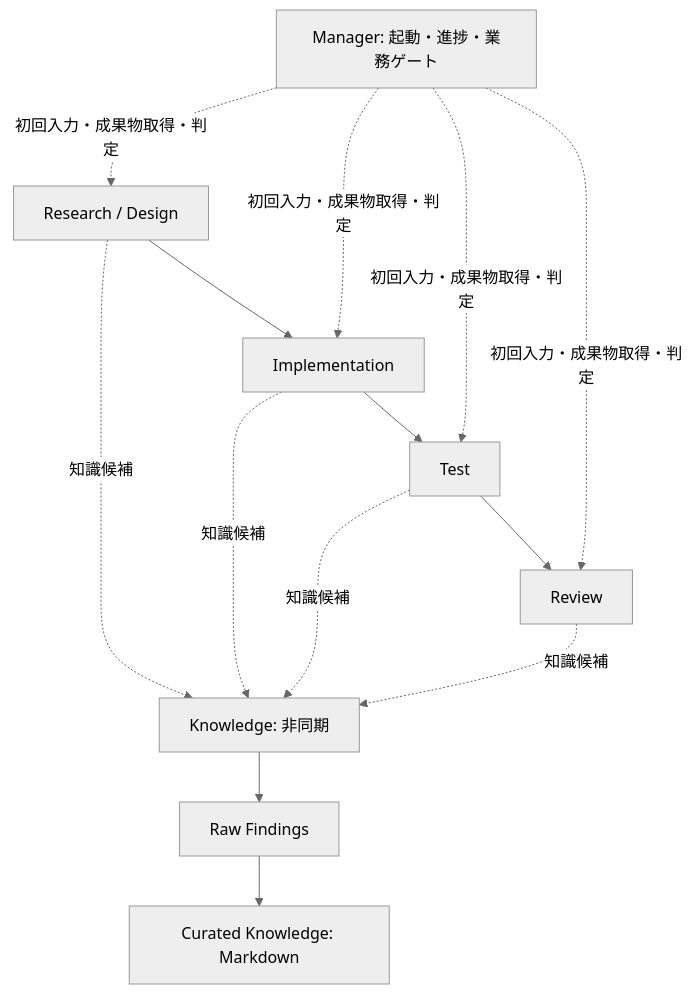
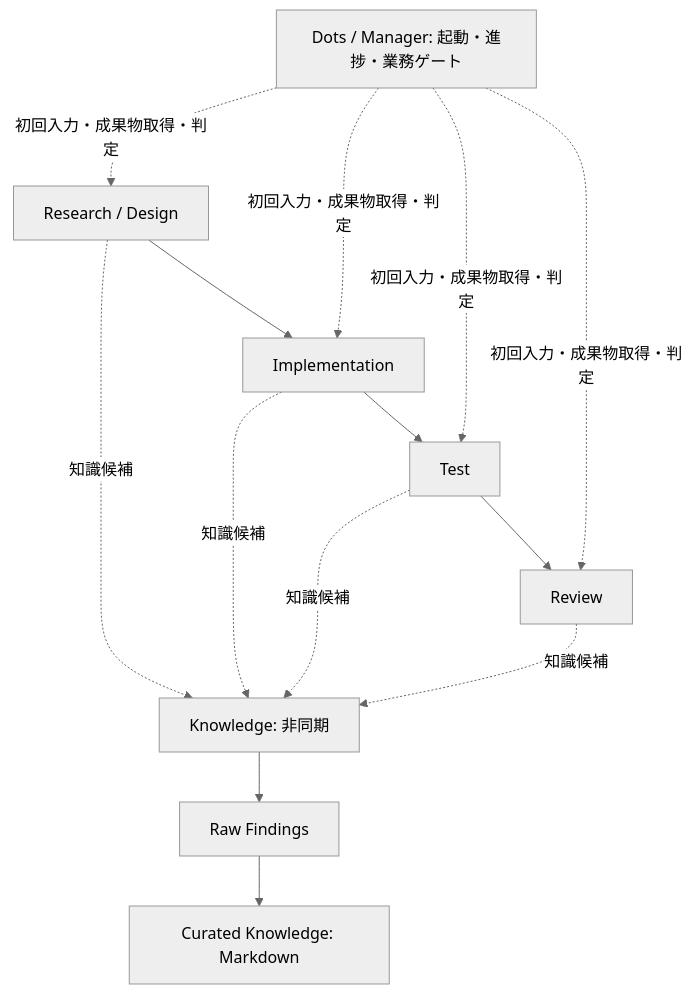
One commit to syuhei0519/ai-development-system changed the diagram in README.md. Above: the diagram before and after it, drawn with Mermaid (neutral theme). The commit also changed other lines of this file and 6 other files, not shown here.

Commit message:
fix: align Dots manager responsibilities and failure evidence

````diff
--- a/README.md
+++ b/README.md
@@ -7,17 +7,17 @@
 ```mermaid
 flowchart TD
-    M[Manager: 起動・進捗・業務ゲート]
+    M[Dots / Manager: 起動・進捗・業務ゲート]
     R[Research / Design] --> I[Implementation]
     I --> T[Test]
     T --> V[Review]
     M -. 初回入力・成果物取得・判定 .-> R
     M -. 初回入力・成果物取得・判定 .-> I
     M -. 初回入力・成果物取得・判定 .-> T
     M -. 初回入力・成果物取得・判定 .-> V
     R -. 知識候補 .-> K[Knowledge: 非同期]
     I -. 知識候補 .-> K
     T -. 知識候補 .-> K
     V -. 知識候補 .-> K
     K --> RAW[Raw Findings]
     RAW --> CUR[Curated Knowledge: Markdown]
 ```
````
